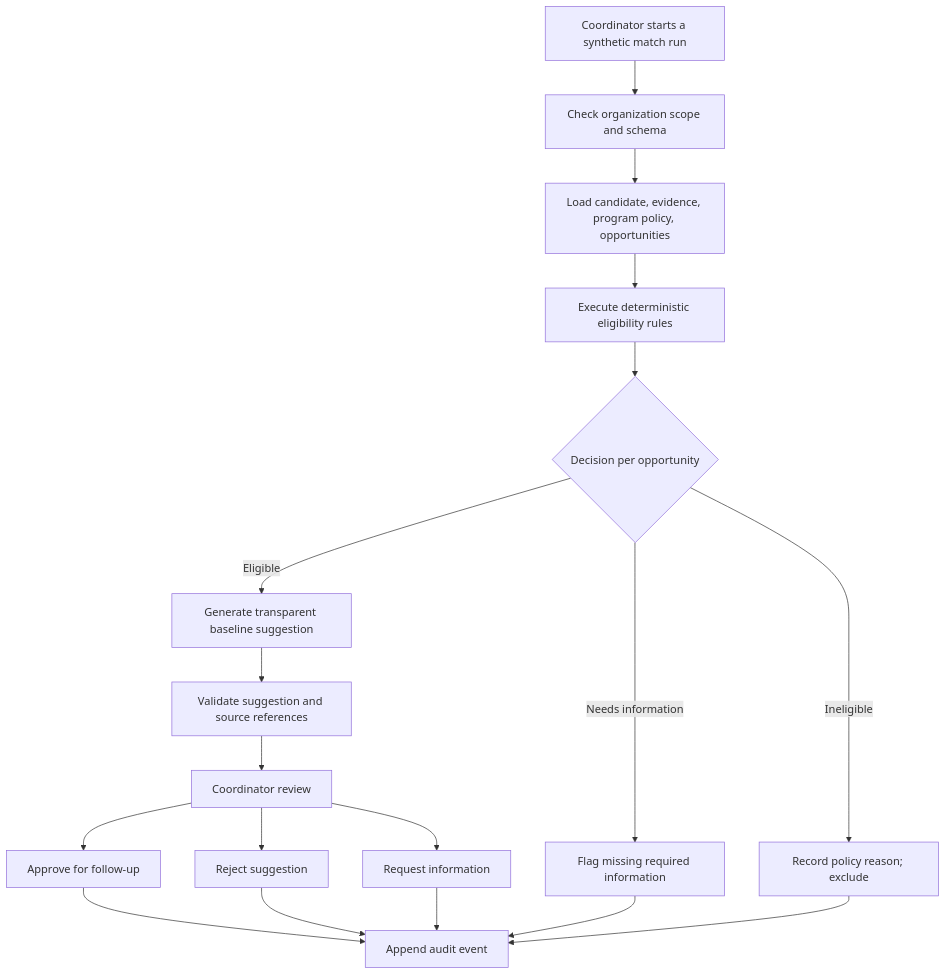
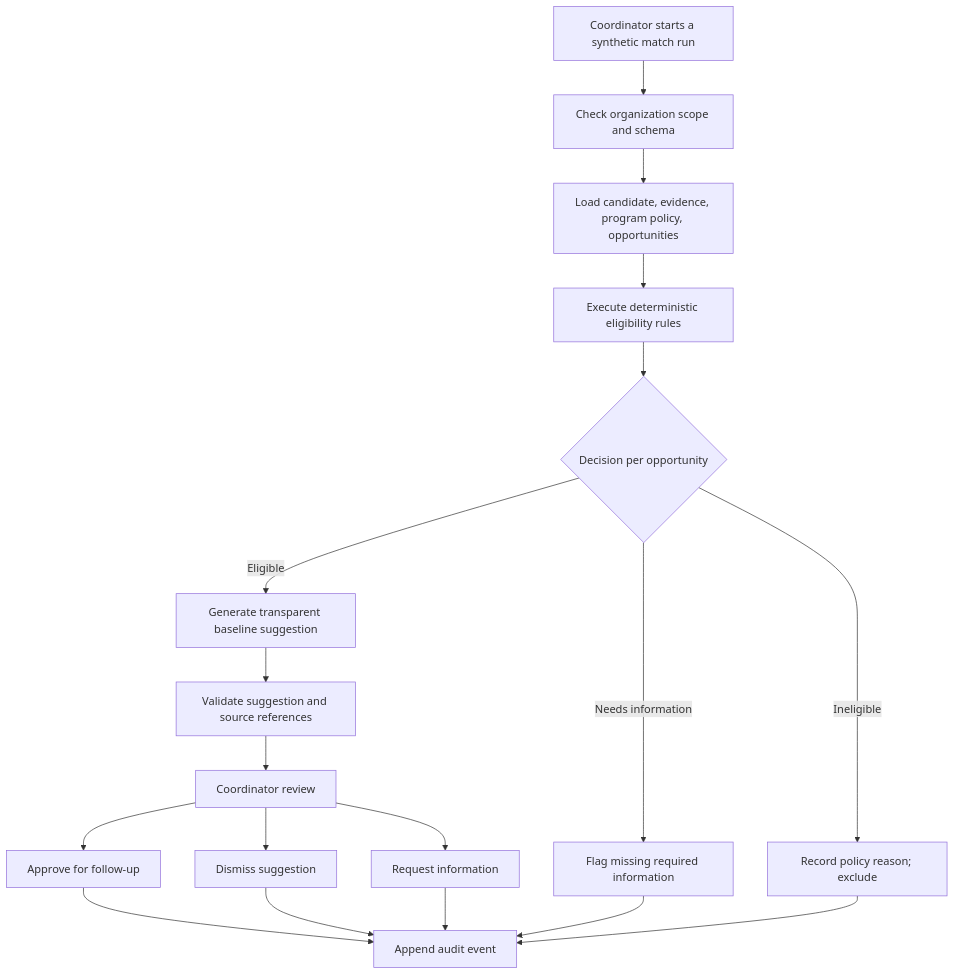
The diagram in docs/pilots/nonprofit-internship-placement.md (dhouse109/recruitment-augmentation-platform), drawn with Mermaid before and after one commit. The commit also changed other lines of this file and 7 other files, not shown here.

````diff
--- a/docs/pilots/nonprofit-internship-placement.md
+++ b/docs/pilots/nonprofit-internship-placement.md
@@ -105,20 +105,20 @@
 ```mermaid
 flowchart TD
     A[Coordinator starts a synthetic match run] --> B[Check organization scope and schema]
     B --> C[Load candidate, evidence, program policy, opportunities]
     C --> D[Execute deterministic eligibility rules]
     D --> E{Decision per opportunity}
     E -->|Eligible| F[Generate transparent baseline suggestion]
     E -->|Needs information| G[Flag missing required information]
     E -->|Ineligible| H[Record policy reason; exclude]
     F --> I[Validate suggestion and source references]
     I --> J[Coordinator review]
     J --> K[Approve for follow-up]
-    J --> L[Reject suggestion]
+    J --> L[Dismiss suggestion]
     J --> M[Request information]
     K --> N[Append audit event]
     L --> N
     M --> N
     G --> N
     H --> N
 ```
````
